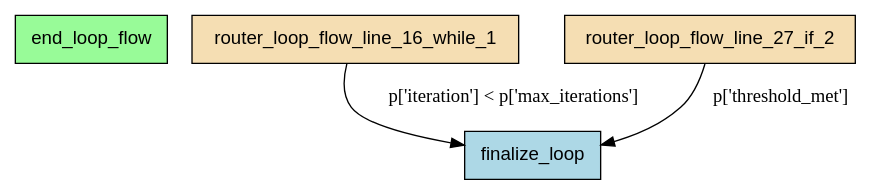
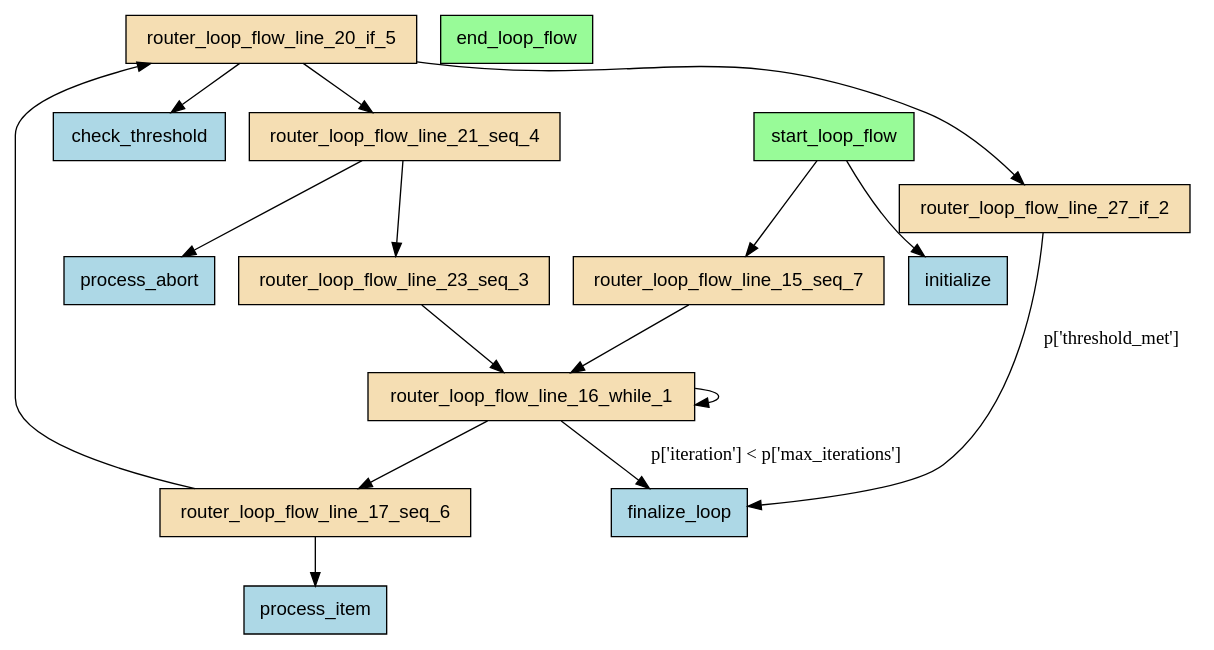
Before and after one commit to deliveryhero/asya: the diagram in examples/flows/compiled/while_loop_processing/flow.dot, drawn with Graphviz. The commit also changed 232 other files, not shown here.

```diff
--- a/examples/flows/compiled/while_loop_processing/flow.dot
+++ b/examples/flows/compiled/while_loop_processing/flow.dot
@@ -1,12 +1,35 @@
 digraph "loop_flow" {
     rankdir=TB;
     node [shape=box, style=filled, fontname="Helvetica"];
 
+    check_threshold [label="check_threshold", fillcolor=lightblue];
     end_loop_flow [label="end_loop_flow", fillcolor=palegreen];
     finalize_loop [label="finalize_loop", fillcolor=lightblue];
+    initialize [label="initialize", fillcolor=lightblue];
+    process_abort [label="process_abort", fillcolor=lightblue];
+    process_item [label="process_item", fillcolor=lightblue];
+    router_loop_flow_line_15_seq_7 [label="router_loop_flow_line_15_seq_7", fillcolor=wheat];
     router_loop_flow_line_16_while_1 [label="router_loop_flow_line_16_while_1", fillcolor=wheat];
+    router_loop_flow_line_17_seq_6 [label="router_loop_flow_line_17_seq_6", fillcolor=wheat];
+    router_loop_flow_line_20_if_5 [label="router_loop_flow_line_20_if_5", fillcolor=wheat];
+    router_loop_flow_line_21_seq_4 [label="router_loop_flow_line_21_seq_4", fillcolor=wheat];
+    router_loop_flow_line_23_seq_3 [label="router_loop_flow_line_23_seq_3", fillcolor=wheat];
     router_loop_flow_line_27_if_2 [label="router_loop_flow_line_27_if_2", fillcolor=wheat];
+    start_loop_flow [label="start_loop_flow", fillcolor=palegreen];
 
+    start_loop_flow -> initialize;
+    start_loop_flow -> router_loop_flow_line_15_seq_7;
     router_loop_flow_line_27_if_2 -> finalize_loop [label="p['threshold_met']"];
+    router_loop_flow_line_23_seq_3 -> router_loop_flow_line_16_while_1;
+    router_loop_flow_line_21_seq_4 -> process_abort;
+    router_loop_flow_line_21_seq_4 -> router_loop_flow_line_23_seq_3;
+    router_loop_flow_line_20_if_5 -> router_loop_flow_line_21_seq_4;
+    router_loop_flow_line_20_if_5 -> check_threshold;
+    router_loop_flow_line_20_if_5 -> router_loop_flow_line_27_if_2;
+    router_loop_flow_line_17_seq_6 -> process_item;
+    router_loop_flow_line_17_seq_6 -> router_loop_flow_line_20_if_5;
+    router_loop_flow_line_16_while_1 -> router_loop_flow_line_17_seq_6;
+    router_loop_flow_line_16_while_1 -> router_loop_flow_line_16_while_1;
     router_loop_flow_line_16_while_1 -> finalize_loop [label="p['iteration'] < p['max_iterations']"];
+    router_loop_flow_line_15_seq_7 -> router_loop_flow_line_16_while_1;
 }
```
